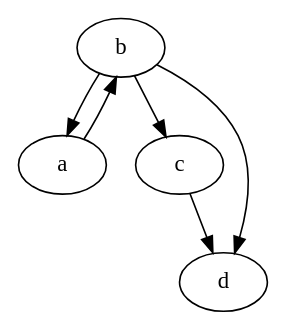
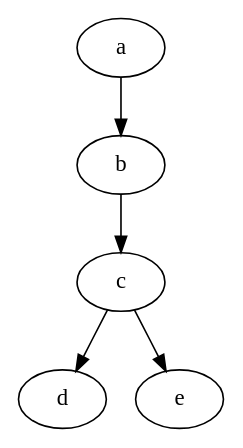
One commit to bneijt/dotimate changed the diagram in b.dot. Above: the diagram before and after it, drawn with Graphviz. The commit also changed 2 other files, not shown here.

```diff
--- a/b.dot
+++ b/b.dot
@@ -1,7 +1,7 @@
 digraph code {
-    c -> d;
+    a;b;c;d;e;
     a -> b;
     b -> c;
-    b -> d;
-    b -> a;
+    c -> d;
+    c -> e;	
 }
```
